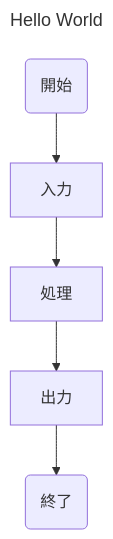
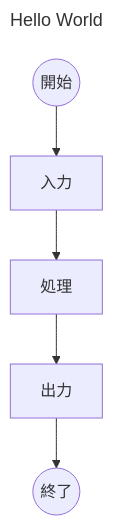
One commit to yattom/todo-breaking changed the diagram in TODO割り問題.md. Above: the diagram before and after it, drawn with Mermaid.

````diff
--- a/TODO割り問題.md
+++ b/TODO割り問題.md
@@ -5,12 +5,12 @@
 ```mermaid
 ---
 title: Hello World
 ---
 flowchart TB
-    id0(開始)
+    id0((開始))
     id1[入力]
     id2[処理]
     id3[出力]
-    id4(終了)
+    id4((終了))
     id0 --> id1 --> id2 --> id3 --> id4
 ```
````
